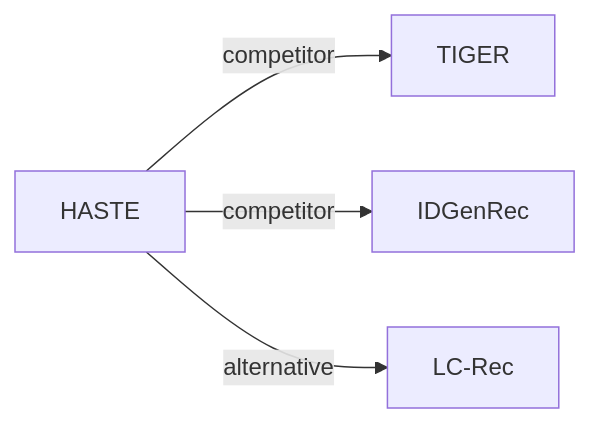
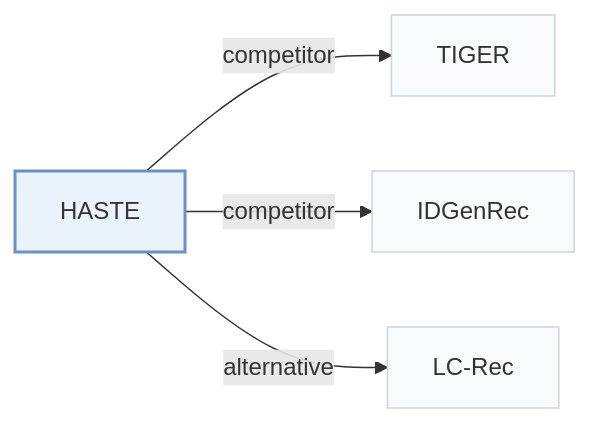
Before and after one commit to Galaxy-ghost/Awesome-SID-Generative-Rec: the second of 2 diagrams in pages/papers/haste.md, drawn with Mermaid. The commit also changed other lines of this file and 649 other files, not shown here.

Commit message:
writer-05: also tags and modality index (schema, check, build, visuals); summary field removed; calibration data for 12 papers

````diff
--- a/pages/papers/haste.md
+++ b/pages/papers/haste.md
@@ -69,7 +73,11 @@
 ```mermaid
 flowchart LR
     P["HASTE"]
-    P -->|competitor| A["TIGER"]
-    P -->|competitor| B["IDGenRec"]
-    P -->|alternative| C["LC-Rec"]
+    P -->|"competitor"| A["TIGER"]
+    P -->|"competitor"| B["IDGenRec"]
+    P -->|"alternative"| C["LC-Rec"]
+    classDef main fill:#eaf2fb,stroke:#6b8fc7,stroke-width:2px
+    classDef peer fill:#f8fafc,stroke:#cbd5e1
+    class P main
+    class A,B,C peer
 ```
````
